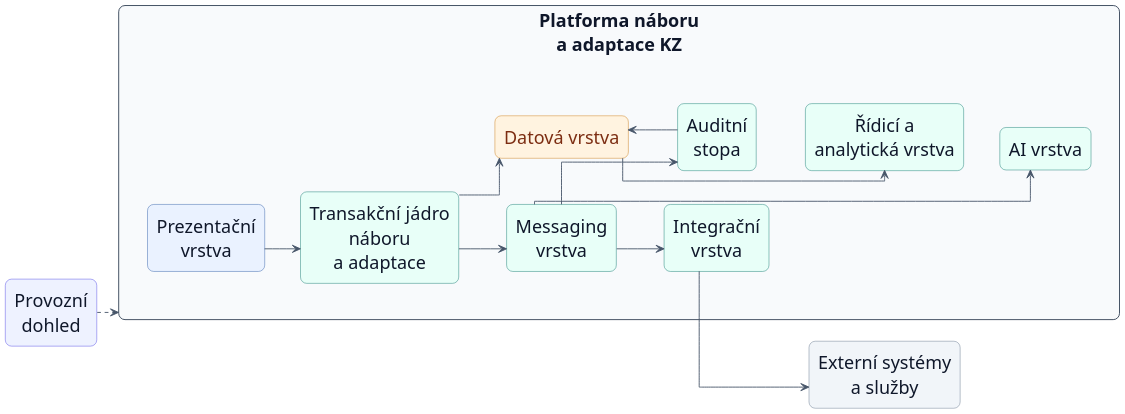
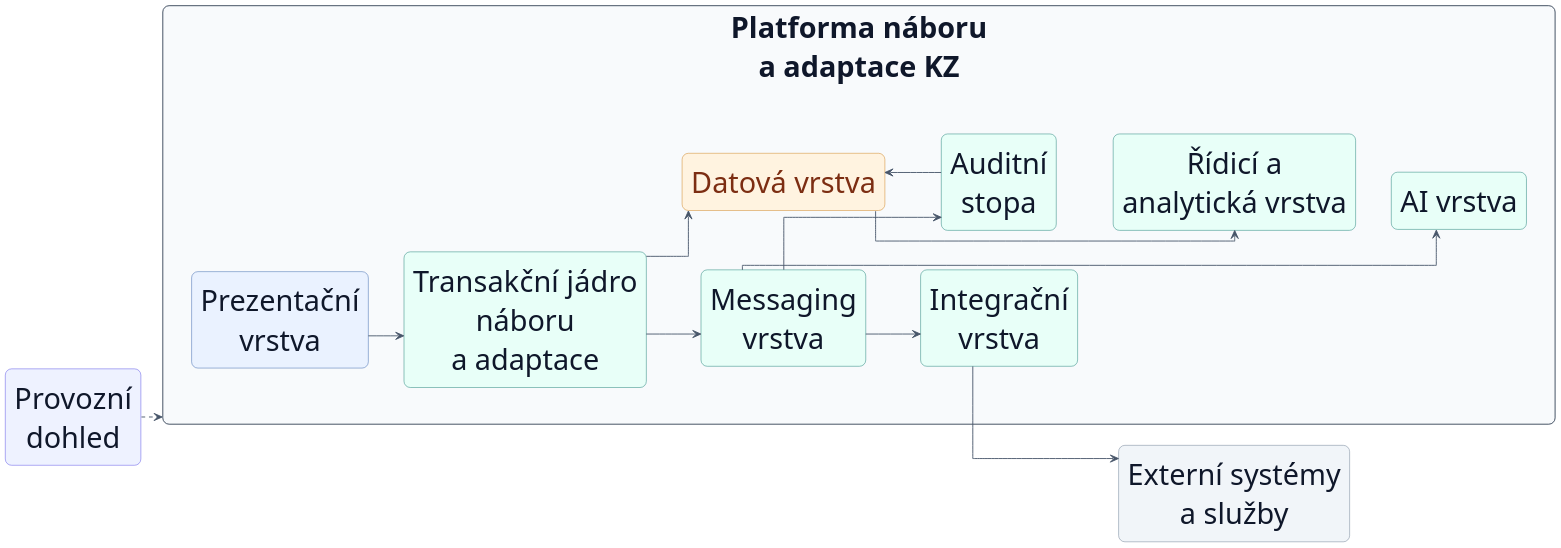
One commit to pavelvachaaa/diploma-thesis changed the diagram in procesy/architecture/solution-composition.puml. Above: the diagram before and after it, drawn with PlantUML. The commit also changed 15 other files, not shown here.

```diff
--- a/procesy/architecture/solution-composition.puml
+++ b/procesy/architecture/solution-composition.puml
@@ -1,94 +1,94 @@
 @startuml
 left to right direction
 hide stereotype
 skinparam backgroundColor transparent
 skinparam shadowing false
 skinparam linetype ortho
 skinparam packageStyle rectangle
 skinparam defaultFontName Arial
-skinparam defaultFontSize 20
+skinparam defaultFontSize 32
 skinparam defaultTextAlignment center
 skinparam arrowFontSize 13
 skinparam dpi 160
 skinparam ranksep 40
 skinparam nodesep 18
 skinparam ArrowColor #475569
 skinparam ArrowThickness 1.0
 skinparam RoundCorner 14
 
 skinparam rectangle {
   BackgroundColor #F8FAFC
   BorderColor #334155
   FontColor #0F172A
 }
 
 skinparam rectangle<<frontend>> {
   BackgroundColor #EAF2FF
   BorderColor #2B5AA6
 }
 
 skinparam rectangle<<service>> {
   BackgroundColor #E8FFF8
   BorderColor #0F766E
 }
 
 skinparam rectangle<<external>> {
   BackgroundColor #F1F5F9
   BorderColor #64748B
 }
 
 skinparam rectangle<<obs>> {
   BackgroundColor #EEF2FF
   BorderColor #4F46E5
 }
 
 skinparam rectangle<<data>> {
   BackgroundColor #FFF3E0
   BorderColor #C97A10
   FontColor #7C2D12
 }
 
 rectangle "Platforma náboru\na adaptace KZ" as SystemBoundary {
   together {
     rectangle "Prezentační\nvrstva" <<frontend>> as Presentation
     rectangle "Transakční jádro\nnáboru\na adaptace" <<service>> as Core
     rectangle "Messaging\nvrstva" <<service>> as Messaging
     rectangle "Integrační\nvrstva" <<service>> as Integration
   }
 
   together {
     rectangle "Datová vrstva" <<data>> as Data
     rectangle "Auditní\nstopa" <<service>> as AuditTrail
     rectangle "Řídicí a\nanalytická vrstva" <<service>> as Analytics
     rectangle "AI vrstva" <<service>> as AiLayer
   }
 }
 
 rectangle "Externí systémy\na služby" <<external>> as ExternalServices
 
 rectangle "Provozní\ndohled" <<obs>> as Observability
 
 Presentation --> Core
 Core --> Messaging
 Messaging --> Integration
 Core -down-> Data
 Data --> Analytics
 Messaging -down-> AuditTrail
 AuditTrail --> Data
 Messaging -down-> AiLayer
 Integration -down-> ExternalServices
 
 Observability ..> SystemBoundary
 
 Presentation -[hidden]-> Core
 Core -[hidden]-> Messaging
 Messaging -[hidden]-> Integration
 Data -[hidden]-> AuditTrail
 AuditTrail -[hidden]-> Analytics
 Analytics -[hidden]-> AiLayer
 Core -[hidden]down-> Data
 Messaging -[hidden]down-> AuditTrail
 Integration -[hidden]down-> AiLayer
 Integration -[hidden]down-> ExternalServices
 
 @enduml
```
